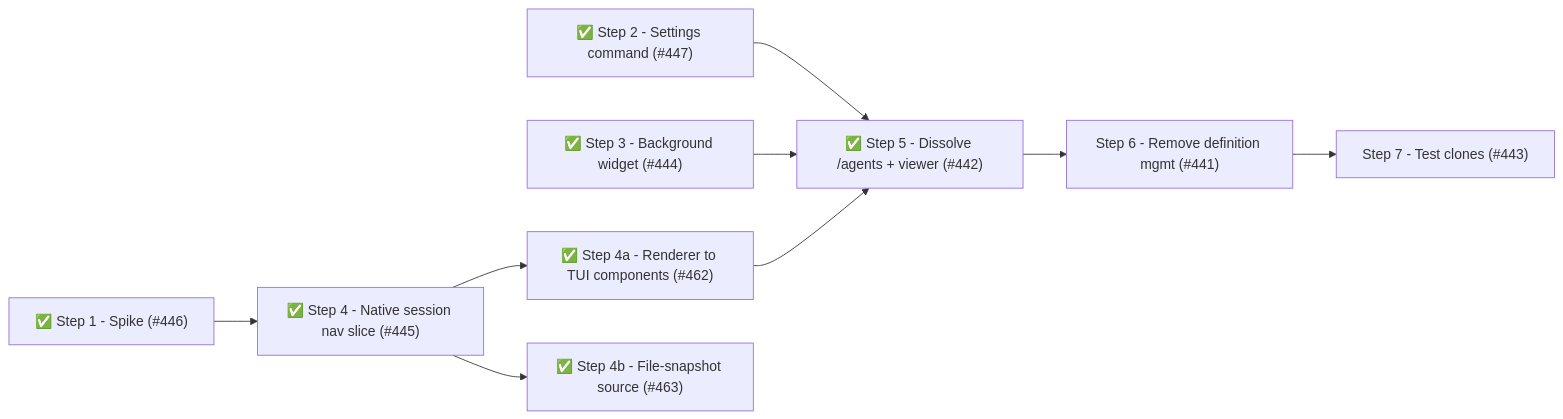
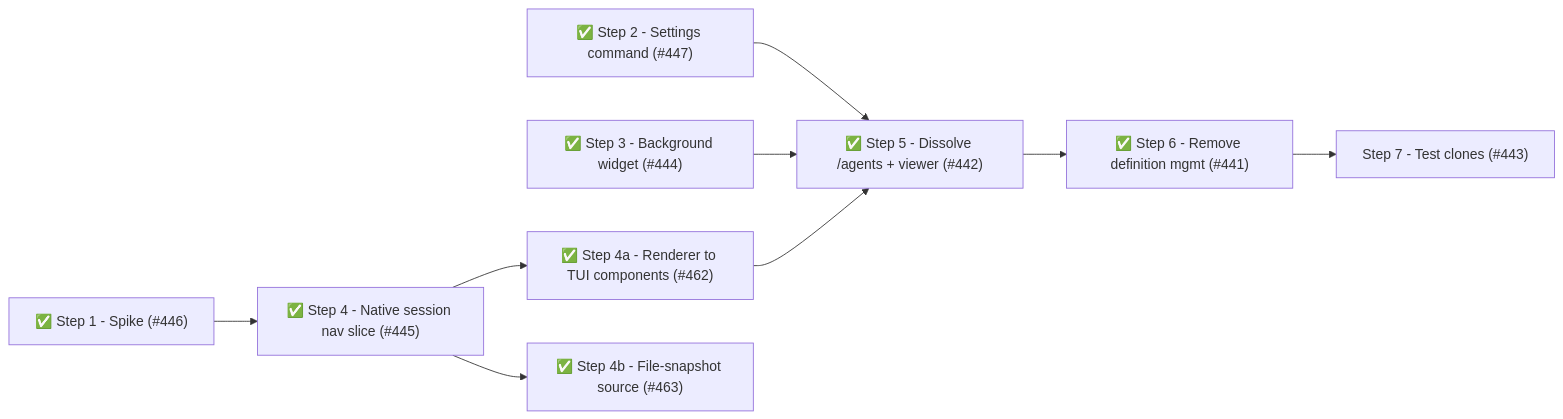
One commit to whaoa/forked-gotgenes-pi-packages changed the sixth of 6 diagrams in packages/pi-subagents/docs/architecture/architecture.md. Above: the diagram before and after it, drawn with Mermaid. The commit also changed other lines of this file and 1 other file, not shown here.

First line of the commit message:
docs(pi-subagents): record agent-definition subtree removal (#441)

````diff
--- a/packages/pi-subagents/docs/architecture/architecture.md
+++ b/packages/pi-subagents/docs/architecture/architecture.md
@@ -1119,21 +1119,21 @@
 ```mermaid
 flowchart LR
     S1["✅ Step 1 - Spike (#446)"]
     S2["✅ Step 2 - Settings command (#447)"]
     S3["✅ Step 3 - Background widget (#444)"]
     S4["✅ Step 4 - Native session nav slice (#445)"]
     S4a["✅ Step 4a - Renderer to TUI components (#462)"]
     S4b["✅ Step 4b - File-snapshot source (#463)"]
     S5["✅ Step 5 - Dissolve /agents + viewer (#442)"]
-    S6["Step 6 - Remove definition mgmt (#441)"]
+    S6["✅ Step 6 - Remove definition mgmt (#441)"]
     S7["Step 7 - Test clones (#443)"]
 
     S1 --> S4
     S4 --> S4a
     S4 --> S4b
     S2 --> S5
     S3 --> S5
     S4a --> S5
     S5 --> S6
     S6 --> S7
 ```
````
